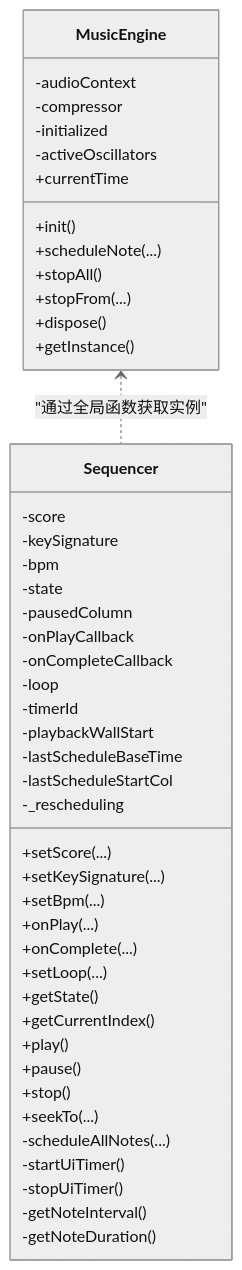
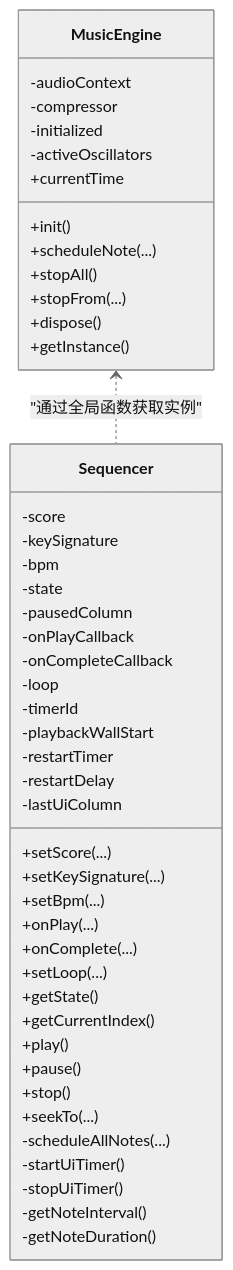
One commit to wingmeng/SUBOR-Music-Board changed the second of 6 diagrams in wiki/核心架构设计/单例模式应用.md. Above: the diagram before and after it, drawn with Mermaid (neutral theme). The commit also changed other lines of this file and 45 other files, not shown here.

````diff
--- a/wiki/核心架构设计/单例模式应用.md
+++ b/wiki/核心架构设计/单例模式应用.md
@@ -85,49 +85,49 @@
 ```mermaid
 classDiagram
 class MusicEngine {
 -audioContext
 -compressor
 -initialized
 -activeOscillators
 +init()
 +scheduleNote(...)
 +stopAll()
 +stopFrom(...)
 +dispose()
 +currentTime
 +getInstance()
 }
 class Sequencer {
 -score
 -keySignature
 -bpm
 -state
 -pausedColumn
 -onPlayCallback
 -onCompleteCallback
 -loop
 -timerId
 -playbackWallStart
--lastScheduleBaseTime
--lastScheduleStartCol
--_rescheduling
+-restartTimer
+-restartDelay
+-lastUiColumn
 +setScore(...)
 +setKeySignature(...)
 +setBpm(...)
 +onPlay(...)
 +onComplete(...)
 +setLoop(...)
 +getState()
 +getCurrentIndex()
 +play()
 +pause()
 +stop()
 +seekTo(...)
 -scheduleAllNotes(...)
 -startUiTimer()
 -stopUiTimer()
 -getNoteInterval()
 -getNoteDuration()
 }
 MusicEngine <.. Sequencer : "通过全局函数获取实例"
 ```
````
